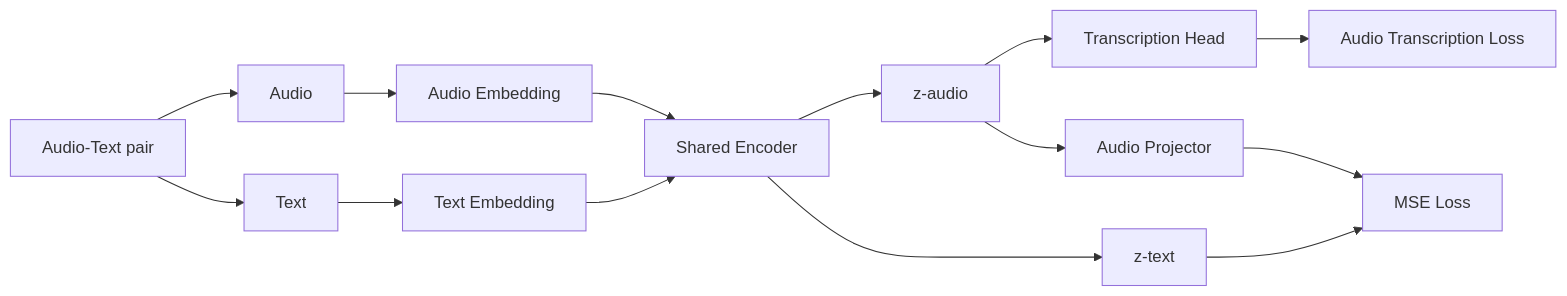
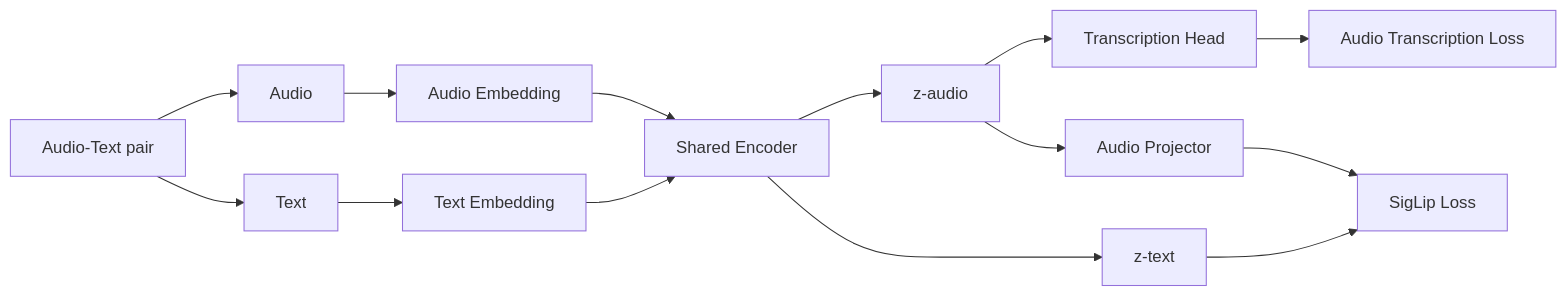
The first of 4 diagrams in docs/posttraining.md (cactus-compute/needle), drawn with Mermaid before and after one commit. The commit also changed other lines of this file and 1 other file, not shown here.

Commit message:
new diagram for v3, which is now favorite

````diff
--- a/docs/posttraining.md
+++ b/docs/posttraining.md
@@ -2,25 +2,25 @@
 ```mermaid
 graph LR
     %% Inputs
     AT_pair[Audio-Text pair] --> A_in[Audio]
     AT_pair --> T_in[Text]
     A_in --> A_emb[Audio Embedding]
     T_in --> T_emb[Text Embedding]
 
     %% Embeddings to Encoder
     A_emb --> Enc[Shared Encoder]
     T_emb --> Enc
 
     %% Encoder to Latents
     Enc --> ZA[z-audio]
     Enc --> ZT[z-text]
 
     %% Audio Transcription Branch
     ZA --> Tr_dec[Transcription Head]
     Tr_dec --> A_loss[Audio Transcription Loss]
 
     %%  Contrastive Alignment Branch
     ZA --> Proj[Audio Projector]
-    Proj --> C_loss[MSE Loss]
+    Proj --> C_loss[SigLip Loss]
     ZT --> C_loss
 ```
````
